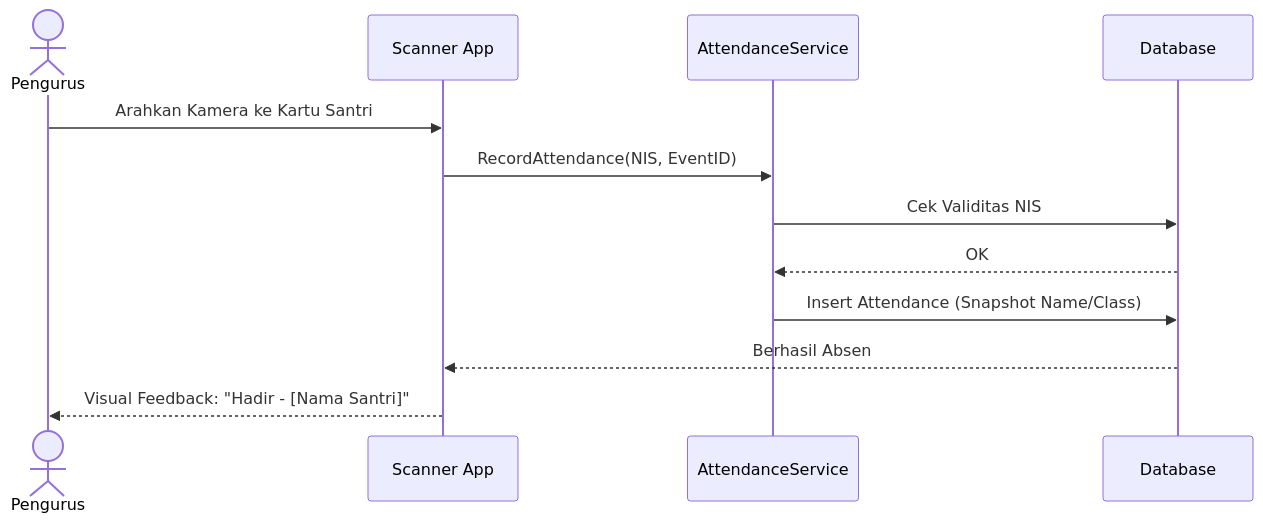
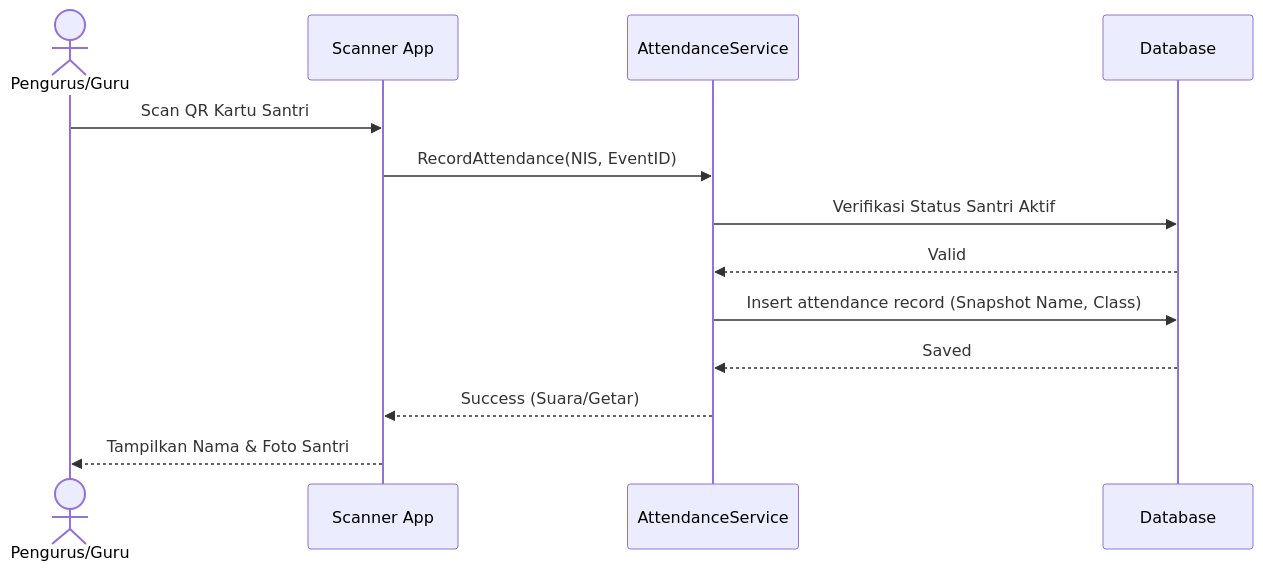
One commit to Hnzsama/Pesantren changed the fifth of 8 diagrams in documentation/sequence.md. Above: the diagram before and after it, drawn with Mermaid. The commit also changed other lines of this file, not shown here.

Commit message:
sequence diagram

````diff
--- a/documentation/sequence.md
+++ b/documentation/sequence.md
@@ -60,15 +105,16 @@
 ```mermaid
 sequenceDiagram
-    actor G as Pengurus
+    actor G as Pengurus/Guru
     participant S as Scanner App
     participant AS as AttendanceService
     participant DB as Database
     
-    G->>S: Arahkan Kamera ke Kartu Santri
+    G->>S: Scan QR Kartu Santri
     S->>AS: RecordAttendance(NIS, EventID)
-    AS->>DB: Cek Validitas NIS
-    DB-->>AS: OK
-    AS->>DB: Insert Attendance (Snapshot Name/Class)
-    DB-->>S: Berhasil Absen
-    S-->>G: Visual Feedback: "Hadir - [Nama Santri]"
+    AS->>DB: Verifikasi Status Santri Aktif
+    DB-->>AS: Valid
+    AS->>DB: Insert attendance record (Snapshot Name, Class)
+    DB-->>AS: Saved
+    AS-->>S: Success (Suara/Getar)
+    S-->>G: Tampilkan Nama & Foto Santri
 ```
````
